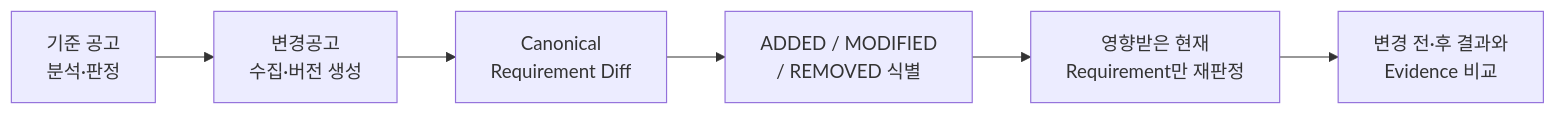
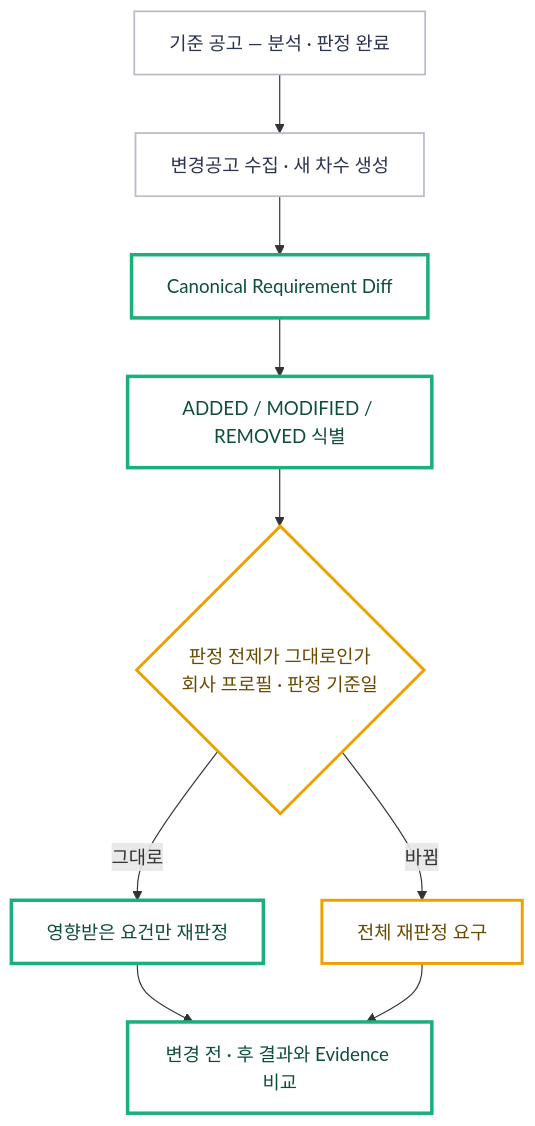
Before and after one commit to SKNETWORKS-FAMILY-AICAMP/SKN34-3rd-4Team: the eighth of 8 diagrams in README.md, drawn with Mermaid. The commit also changed other lines of this file and 4 other files, not shown here.

Commit message:
docs: 간트·요구사항 차트 이미지화, 도메인 지도·ERD·재검증 도식 정리

````diff
--- a/README.md
+++ b/README.md
@@ -526,8 +527,22 @@
 ```mermaid
-flowchart LR
-    A["기준 공고<br/>분석·판정"] --> B["변경공고<br/>수집·버전 생성"]
-    B --> C["Canonical<br/>Requirement Diff"]
-    C --> D["ADDED / MODIFIED<br/>/ REMOVED 식별"]
-    D --> E["영향받은 현재<br/>Requirement만 재판정"]
-    E --> F["변경 전·후 결과와<br/>Evidence 비교"]
+flowchart TB
+    A["기준 공고 — 분석 · 판정 완료"]
+    B["변경공고 수집 · 새 차수 생성"]
+    C["Canonical Requirement Diff"]
+    D["ADDED / MODIFIED / REMOVED 식별"]
+    E{"판정 전제가 그대로인가<br/>회사 프로필 · 판정 기준일"}
+    F["영향받은 요건만 재판정"]
+    G["전체 재판정 요구"]
+    H["변경 전 · 후 결과와 Evidence 비교"]
+
+    A --> B --> C --> D --> E
+    E -->|"그대로"| F --> H
+    E -->|"바뀜"| G --> H
+
+    classDef rule fill:none,stroke:#1baf7a,stroke-width:3px,color:#0f4f39
+    classDef plain fill:none,stroke:#b9bccb,stroke-width:1.5px,color:#2b3350
+    classDef warn fill:none,stroke:#eda100,stroke-width:2.5px,color:#6b4a00
+    class C,D,F,H rule
+    class A,B plain
+    class E,G warn
 ```
````
